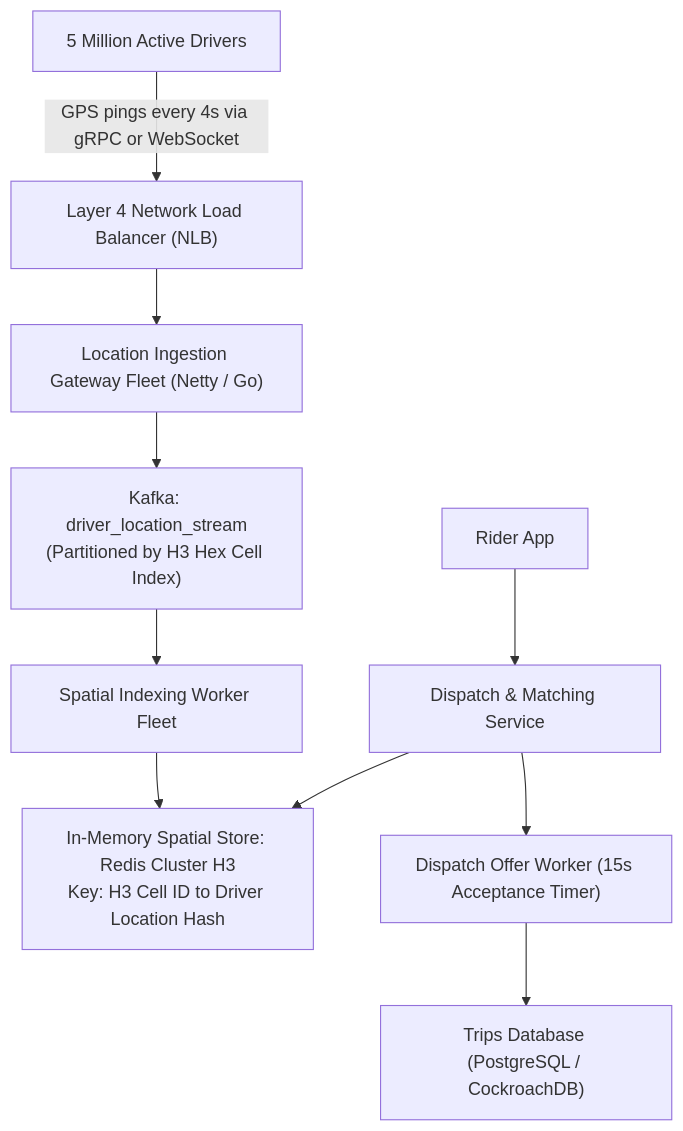
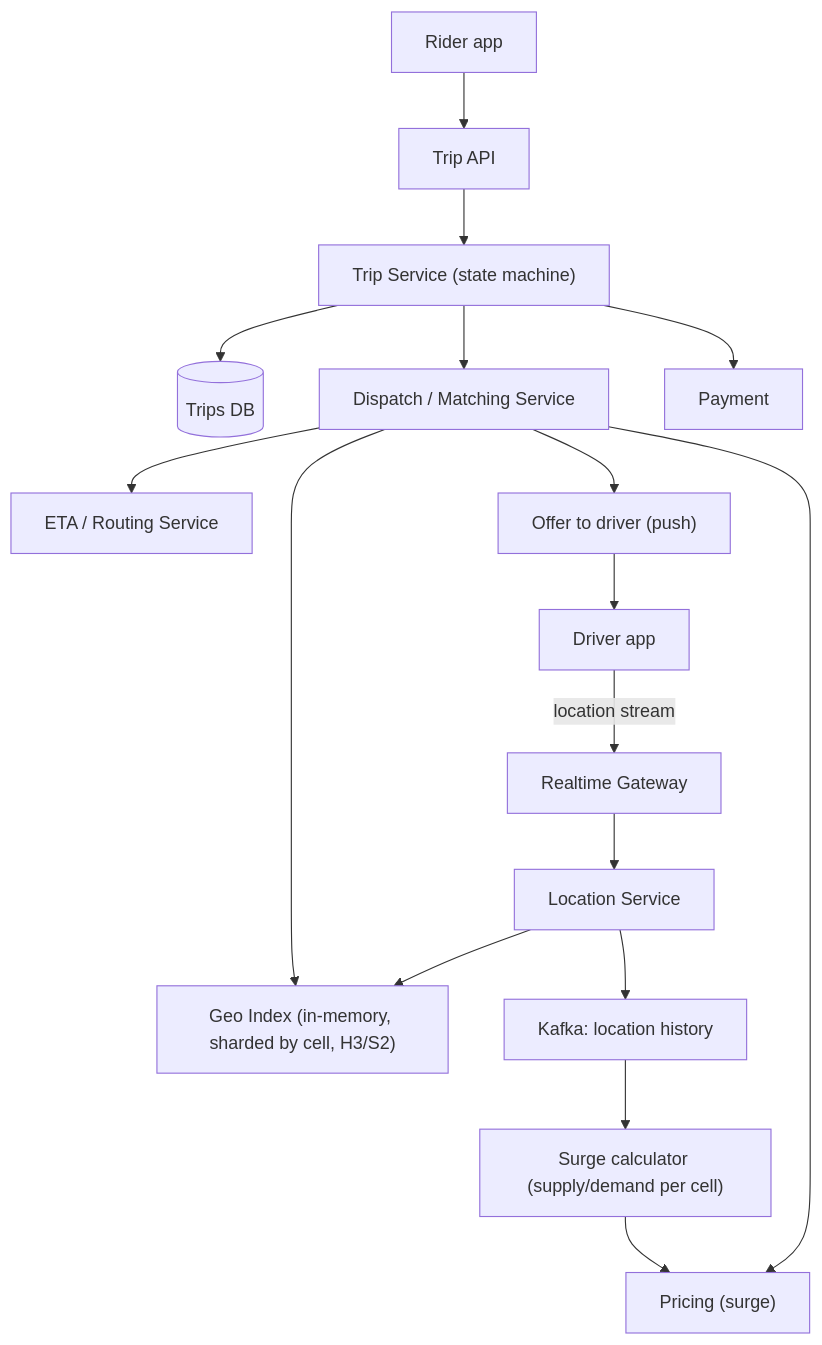
The diagram in 03-High-Level-Design/systems/09-uber.md (reddykarthikeya1/AI-Systems-Mastery), drawn with Mermaid before and after one commit. The commit also changed other lines of this file and 9 other files, not shown here.

Commit message:
content(hld): expand 10 case studies with estimates (runnable), API, data model, failure modes, trade-offs, interview timeline

````diff
--- a/03-High-Level-Design/systems/09-uber.md
+++ b/03-High-Level-Design/systems/09-uber.md
@@ -30,15 +47,19 @@
 ```mermaid
 flowchart TD
-    Drivers["5 Million Active Drivers"] -->|GPS pings every 4s via gRPC or WebSocket| NetLB["Layer 4 Network Load Balancer (NLB)"]
-    NetLB --> LocationIngest["Location Ingestion Gateway Fleet (Netty / Go)"]
-    
-    LocationIngest --> KafkaStream["Kafka: driver_location_stream<br/>(Partitioned by H3 Hex Cell Index)"]
-    
-    KafkaStream --> SpatialIndexWorker["Spatial Indexing Worker Fleet"]
-    SpatialIndexWorker --> RedisSpatial["In-Memory Spatial Store: Redis Cluster H3<br/>Key: H3 Cell ID to Driver Location Hash"]
-    
-    Rider["Rider App"] --> DispatchSvc["Dispatch & Matching Service"]
-    DispatchSvc --> RedisSpatial
-    DispatchSvc --> MatchWorker["Dispatch Offer Worker (15s Acceptance Timer)"]
-    MatchWorker --> TripDB["Trips Database (PostgreSQL / CockroachDB)"]
+    D["Driver app"] -->|"location stream"| GW["Realtime Gateway"]
+    GW --> Loc["Location Service"]
+    Loc --> Idx["Geo Index (in-memory, sharded by cell, H3/S2)"]
+    Loc --> K["Kafka: location history"]
+    R["Rider app"] --> API["Trip API"]
+    API --> Trip["Trip Service (state machine)"]
+    Trip --> DB[("Trips DB")]
+    Trip --> Disp["Dispatch / Matching Service"]
+    Disp --> Idx
+    Disp --> ETA["ETA / Routing Service"]
+    Disp --> Price["Pricing (surge)"]
+    Disp --> Offer["Offer to driver (push)"]
+    Offer --> D
+    Trip --> Pay["Payment"]
+    K --> Surge["Surge calculator (supply/demand per cell)"]
+    Surge --> Price
 ```
````
